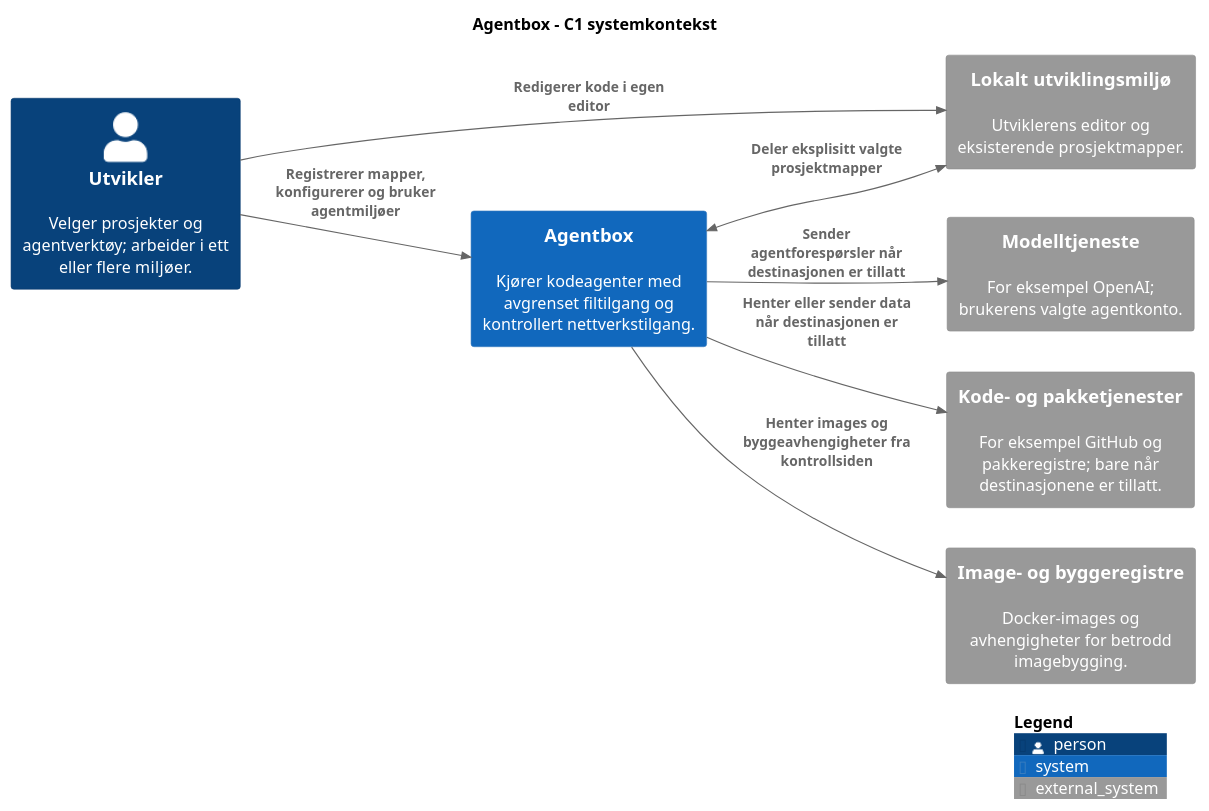
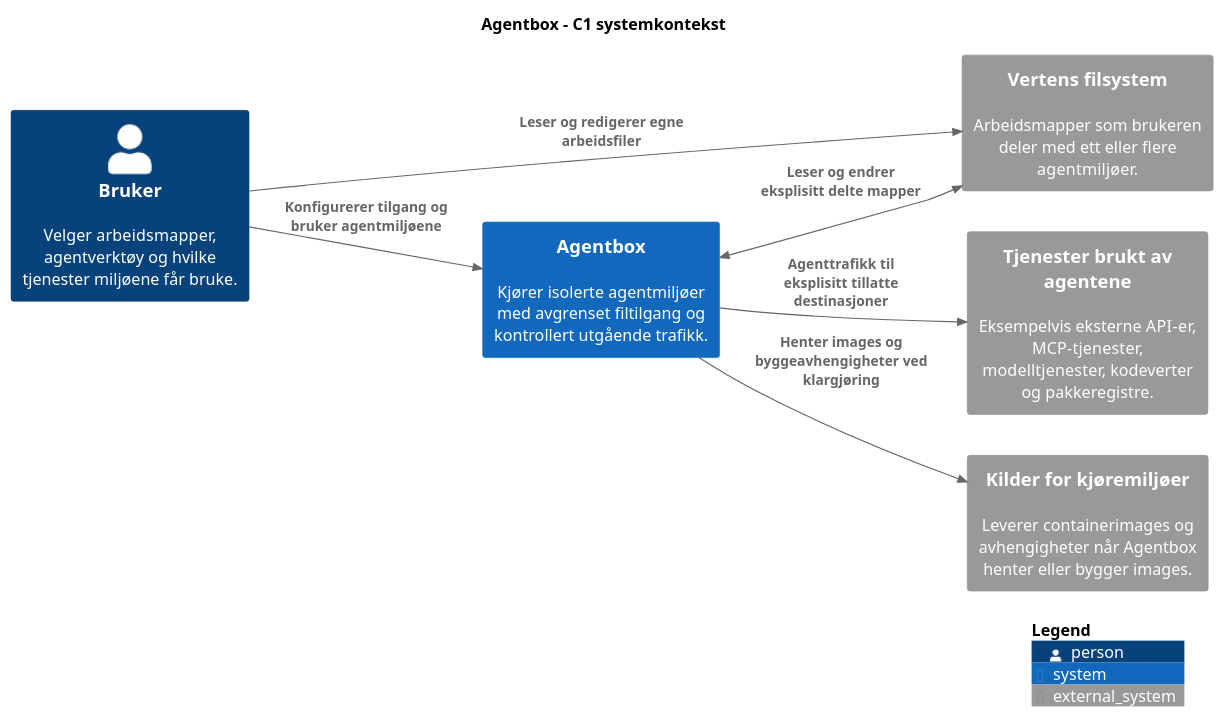
One commit to oisteink/agentbox changed the first of 3 diagrams in docs/architecture-c4.md. Above: the diagram before and after it, drawn with PlantUML. The commit also changed other lines of this file and 16 other files, not shown here.

Commit message:
Clarify token examples and architecture diagrams

````diff
--- a/docs/architecture-c4.md
+++ b/docs/architecture-c4.md
@@ -19,22 +19,20 @@
 ```plantuml
 @startuml agentbox-context
 !include <C4/C4_Context>
 LAYOUT_LEFT_RIGHT()
 title Agentbox - C1 systemkontekst
 
-Person(developer, "Utvikler", "Velger prosjekter og agentverktøy; arbeider i ett eller flere miljøer.")
-System(agentbox, "Agentbox", "Kjører kodeagenter med avgrenset filtilgang og kontrollert nettverkstilgang.")
-System_Ext(workspace, "Lokalt utviklingsmiljø", "Utviklerens editor og eksisterende prosjektmapper.")
-System_Ext(models, "Modelltjeneste", "For eksempel OpenAI; brukerens valgte agentkonto.")
-System_Ext(development, "Kode- og pakketjenester", "For eksempel GitHub og pakkeregistre; bare når destinasjonene er tillatt.")
-System_Ext(build, "Image- og byggeregistre", "Docker-images og avhengigheter for betrodd imagebygging.")
+Person(developer, "Bruker", "Velger arbeidsmapper, agentverktøy og hvilke tjenester miljøene får bruke.")
+System(agentbox, "Agentbox", "Kjører isolerte agentmiljøer med avgrenset filtilgang og kontrollert utgående trafikk.")
+System_Ext(workspace, "Vertens filsystem", "Arbeidsmapper som brukeren deler med ett eller flere agentmiljøer.")
+System_Ext(services, "Tjenester brukt av agentene", "Eksempelvis eksterne API-er, MCP-tjenester, modelltjenester, kodeverter og pakkeregistre.")
+System_Ext(supply, "Kilder for kjøremiljøer", "Leverer containerimages og avhengigheter når Agentbox henter eller bygger images.")
 
-Rel(developer, agentbox, "Registrerer mapper, konfigurerer og bruker agentmiljøer")
-Rel(developer, workspace, "Redigerer kode i egen editor")
-BiRel(agentbox, workspace, "Deler eksplisitt valgte prosjektmapper")
-Rel(agentbox, models, "Sender agentforespørsler når destinasjonen er tillatt")
-Rel(agentbox, development, "Henter eller sender data når destinasjonen er tillatt")
-Rel(agentbox, build, "Henter images og byggeavhengigheter fra kontrollsiden")
+Rel(developer, agentbox, "Konfigurerer tilgang og bruker agentmiljøene")
+Rel(developer, workspace, "Leser og redigerer egne arbeidsfiler")
+BiRel(agentbox, workspace, "Leser og endrer eksplisitt delte mapper")
+Rel(agentbox, services, "Agenttrafikk til eksplisitt tillatte destinasjoner")
+Rel(agentbox, supply, "Henter images og byggeavhengigheter ved klargjøring")
 SHOW_LEGEND()
 @enduml
 ```
````
